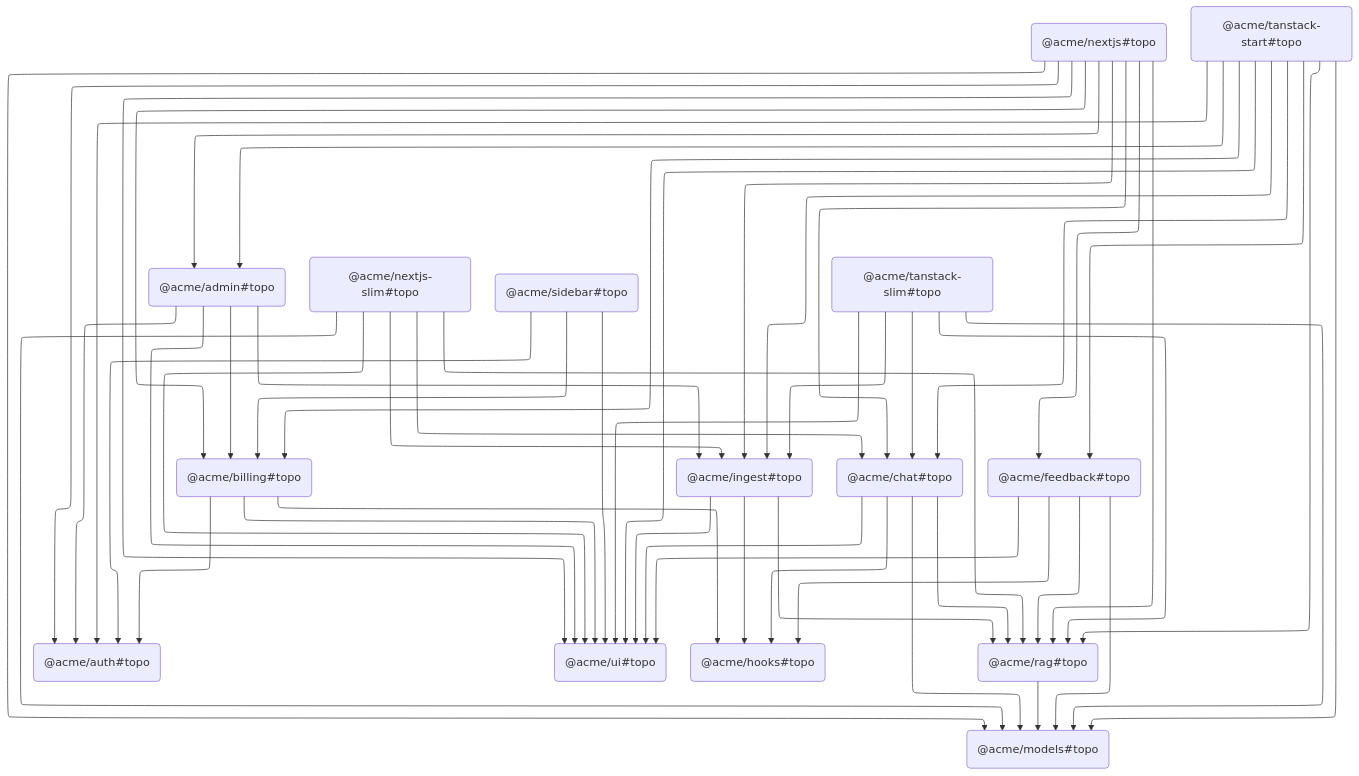
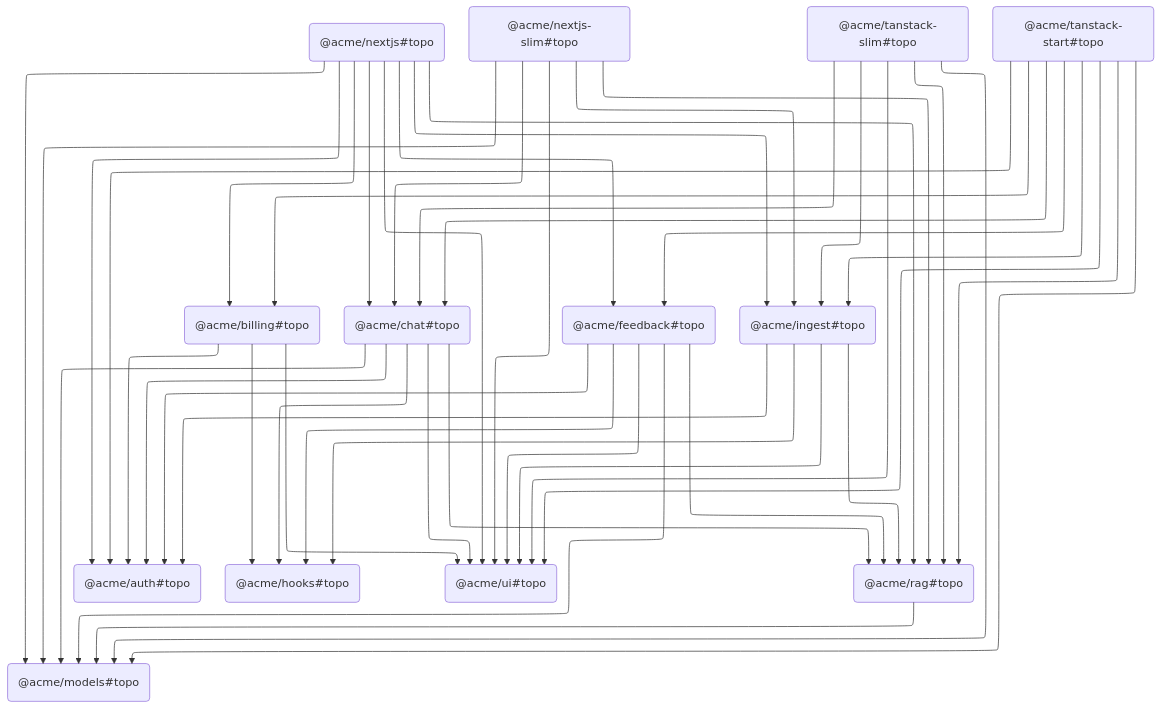
One commit to regybean/Trellis changed the diagram in docs/task-graph-topo.mermaid. Above: the diagram before and after it, drawn with Mermaid. The commit also changed 10 other files, not shown here.

Commit message:
tighten up dev flow

```diff
--- a/docs/task-graph-topo.mermaid
+++ b/docs/task-graph-topo.mermaid
@@ -1,55 +1,49 @@
 ---
 config:
   layout: elk
 ---
 graph TD
-	QHZT("@acme/admin#topo") --> ETTT("@acme/auth#topo")
-	QHZT("@acme/admin#topo") --> JEGP("@acme/billing#topo")
-	QHZT("@acme/admin#topo") --> LRHC("@acme/ingest#topo")
-	QHZT("@acme/admin#topo") --> WCIN("@acme/ui#topo")
-	JEGP("@acme/billing#topo") --> ETTT("@acme/auth#topo")
-	JEGP("@acme/billing#topo") --> TPBW("@acme/hooks#topo")
-	JEGP("@acme/billing#topo") --> WCIN("@acme/ui#topo")
-	GVMR("@acme/chat#topo") --> TPBW("@acme/hooks#topo")
-	GVMR("@acme/chat#topo") --> ITTZ("@acme/models#topo")
-	GVMR("@acme/chat#topo") --> VXGS("@acme/rag#topo")
-	GVMR("@acme/chat#topo") --> WCIN("@acme/ui#topo")
-	NEPG("@acme/feedback#topo") --> TPBW("@acme/hooks#topo")
-	NEPG("@acme/feedback#topo") --> ITTZ("@acme/models#topo")
-	NEPG("@acme/feedback#topo") --> VXGS("@acme/rag#topo")
-	NEPG("@acme/feedback#topo") --> WCIN("@acme/ui#topo")
-	LRHC("@acme/ingest#topo") --> TPBW("@acme/hooks#topo")
-	LRHC("@acme/ingest#topo") --> VXGS("@acme/rag#topo")
-	LRHC("@acme/ingest#topo") --> WCIN("@acme/ui#topo")
-	HVTJ("@acme/nextjs#topo") --> QHZT("@acme/admin#topo")
-	HVTJ("@acme/nextjs#topo") --> ETTT("@acme/auth#topo")
-	HVTJ("@acme/nextjs#topo") --> JEGP("@acme/billing#topo")
-	HVTJ("@acme/nextjs#topo") --> GVMR("@acme/chat#topo")
-	HVTJ("@acme/nextjs#topo") --> NEPG("@acme/feedback#topo")
-	HVTJ("@acme/nextjs#topo") --> LRHC("@acme/ingest#topo")
-	HVTJ("@acme/nextjs#topo") --> ITTZ("@acme/models#topo")
-	HVTJ("@acme/nextjs#topo") --> VXGS("@acme/rag#topo")
-	HVTJ("@acme/nextjs#topo") --> WCIN("@acme/ui#topo")
-	SEOP("@acme/nextjs-slim#topo") --> GVMR("@acme/chat#topo")
-	SEOP("@acme/nextjs-slim#topo") --> LRHC("@acme/ingest#topo")
-	SEOP("@acme/nextjs-slim#topo") --> ITTZ("@acme/models#topo")
-	SEOP("@acme/nextjs-slim#topo") --> VXGS("@acme/rag#topo")
-	SEOP("@acme/nextjs-slim#topo") --> WCIN("@acme/ui#topo")
-	VXGS("@acme/rag#topo") --> ITTZ("@acme/models#topo")
-	FFQP("@acme/sidebar#topo") --> ETTT("@acme/auth#topo")
-	FFQP("@acme/sidebar#topo") --> JEGP("@acme/billing#topo")
-	FFQP("@acme/sidebar#topo") --> WCIN("@acme/ui#topo")
-	KUWX("@acme/tanstack-slim#topo") --> GVMR("@acme/chat#topo")
-	KUWX("@acme/tanstack-slim#topo") --> LRHC("@acme/ingest#topo")
-	KUWX("@acme/tanstack-slim#topo") --> ITTZ("@acme/models#topo")
-	KUWX("@acme/tanstack-slim#topo") --> VXGS("@acme/rag#topo")
-	KUWX("@acme/tanstack-slim#topo") --> WCIN("@acme/ui#topo")
-	WZGG("@acme/tanstack-start#topo") --> QHZT("@acme/admin#topo")
-	WZGG("@acme/tanstack-start#topo") --> ETTT("@acme/auth#topo")
-	WZGG("@acme/tanstack-start#topo") --> JEGP("@acme/billing#topo")
-	WZGG("@acme/tanstack-start#topo") --> GVMR("@acme/chat#topo")
-	WZGG("@acme/tanstack-start#topo") --> NEPG("@acme/feedback#topo")
-	WZGG("@acme/tanstack-start#topo") --> LRHC("@acme/ingest#topo")
-	WZGG("@acme/tanstack-start#topo") --> ITTZ("@acme/models#topo")
-	WZGG("@acme/tanstack-start#topo") --> VXGS("@acme/rag#topo")
-	WZGG("@acme/tanstack-start#topo") --> WCIN("@acme/ui#topo")
+	LRHC("@acme/billing#topo") --> QHZT("@acme/auth#topo")
+	LRHC("@acme/billing#topo") --> WCIN("@acme/hooks#topo")
+	LRHC("@acme/billing#topo") --> NRTE("@acme/ui#topo")
+	ITTZ("@acme/chat#topo") --> QHZT("@acme/auth#topo")
+	ITTZ("@acme/chat#topo") --> WCIN("@acme/hooks#topo")
+	ITTZ("@acme/chat#topo") --> VXGS("@acme/models#topo")
+	ITTZ("@acme/chat#topo") --> WWDL("@acme/rag#topo")
+	ITTZ("@acme/chat#topo") --> NRTE("@acme/ui#topo")
+	NEPG("@acme/feedback#topo") --> QHZT("@acme/auth#topo")
+	NEPG("@acme/feedback#topo") --> WCIN("@acme/hooks#topo")
+	NEPG("@acme/feedback#topo") --> VXGS("@acme/models#topo")
+	NEPG("@acme/feedback#topo") --> WWDL("@acme/rag#topo")
+	NEPG("@acme/feedback#topo") --> NRTE("@acme/ui#topo")
+	HVTJ("@acme/ingest#topo") --> QHZT("@acme/auth#topo")
+	HVTJ("@acme/ingest#topo") --> WCIN("@acme/hooks#topo")
+	HVTJ("@acme/ingest#topo") --> WWDL("@acme/rag#topo")
+	HVTJ("@acme/ingest#topo") --> NRTE("@acme/ui#topo")
+	SYNO("@acme/nextjs#topo") --> QHZT("@acme/auth#topo")
+	SYNO("@acme/nextjs#topo") --> LRHC("@acme/billing#topo")
+	SYNO("@acme/nextjs#topo") --> ITTZ("@acme/chat#topo")
+	SYNO("@acme/nextjs#topo") --> NEPG("@acme/feedback#topo")
+	SYNO("@acme/nextjs#topo") --> HVTJ("@acme/ingest#topo")
+	SYNO("@acme/nextjs#topo") --> VXGS("@acme/models#topo")
+	SYNO("@acme/nextjs#topo") --> WWDL("@acme/rag#topo")
+	SYNO("@acme/nextjs#topo") --> NRTE("@acme/ui#topo")
+	FFQP("@acme/nextjs-slim#topo") --> ITTZ("@acme/chat#topo")
+	FFQP("@acme/nextjs-slim#topo") --> HVTJ("@acme/ingest#topo")
+	FFQP("@acme/nextjs-slim#topo") --> VXGS("@acme/models#topo")
+	FFQP("@acme/nextjs-slim#topo") --> WWDL("@acme/rag#topo")
+	FFQP("@acme/nextjs-slim#topo") --> NRTE("@acme/ui#topo")
+	WWDL("@acme/rag#topo") --> VXGS("@acme/models#topo")
+	WZGG("@acme/tanstack-slim#topo") --> ITTZ("@acme/chat#topo")
+	WZGG("@acme/tanstack-slim#topo") --> HVTJ("@acme/ingest#topo")
+	WZGG("@acme/tanstack-slim#topo") --> VXGS("@acme/models#topo")
+	WZGG("@acme/tanstack-slim#topo") --> WWDL("@acme/rag#topo")
+	WZGG("@acme/tanstack-slim#topo") --> NRTE("@acme/ui#topo")
+	IQJW("@acme/tanstack-start#topo") --> QHZT("@acme/auth#topo")
+	IQJW("@acme/tanstack-start#topo") --> LRHC("@acme/billing#topo")
+	IQJW("@acme/tanstack-start#topo") --> ITTZ("@acme/chat#topo")
+	IQJW("@acme/tanstack-start#topo") --> NEPG("@acme/feedback#topo")
+	IQJW("@acme/tanstack-start#topo") --> HVTJ("@acme/ingest#topo")
+	IQJW("@acme/tanstack-start#topo") --> VXGS("@acme/models#topo")
+	IQJW("@acme/tanstack-start#topo") --> WWDL("@acme/rag#topo")
+	IQJW("@acme/tanstack-start#topo") --> NRTE("@acme/ui#topo")
```
